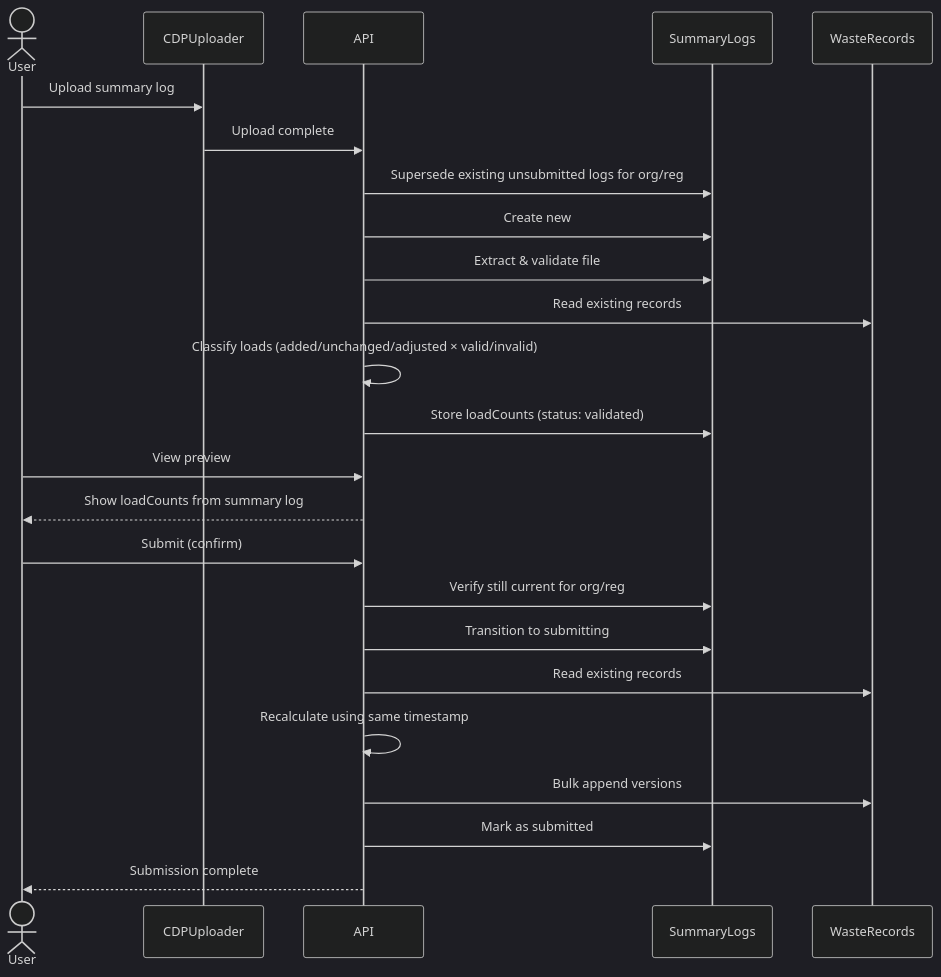
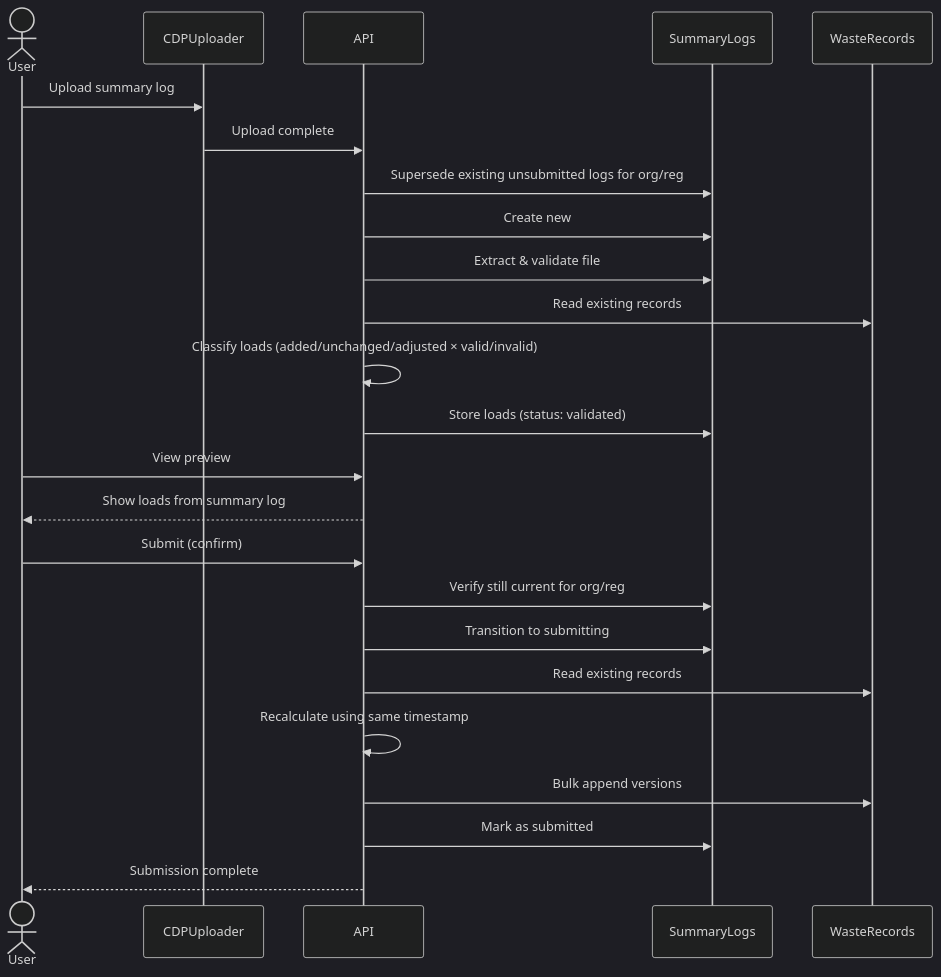
One commit to DEFRA/epr-re-ex-service changed the first of 7 diagrams in docs/architecture/defined/summary-log-submission-lld.md. Above: the diagram before and after it, drawn with Mermaid (dark theme). The commit also changed other lines of this file and 1 other file, not shown here.

Commit message:
PAE-475: Updates summary log LLD

````diff
--- a/docs/architecture/defined/summary-log-submission-lld.md
+++ b/docs/architecture/defined/summary-log-submission-lld.md
@@ -55,30 +55,30 @@
 ```mermaid
 sequenceDiagram
     actor User
     participant CDPUploader
     participant API
     participant SummaryLogs
     participant WasteRecords
 
     User->>CDPUploader: Upload summary log
     CDPUploader->>API: Upload complete
     API->>SummaryLogs: Supersede existing unsubmitted logs for org/reg
     API->>SummaryLogs: Create new
 
     API->>SummaryLogs: Extract & validate file
     API->>WasteRecords: Read existing records
     API->>API: Classify loads (added/unchanged/adjusted × valid/invalid)
-    API->>SummaryLogs: Store loadCounts (status: validated)
+    API->>SummaryLogs: Store loads (status: validated)
 
     User->>API: View preview
-    API-->>User: Show loadCounts from summary log
+    API-->>User: Show loads from summary log
 
     User->>API: Submit (confirm)
     API->>SummaryLogs: Verify still current for org/reg
     API->>SummaryLogs: Transition to submitting
     API->>WasteRecords: Read existing records
     API->>API: Recalculate using same timestamp
     API->>WasteRecords: Bulk append versions
     API->>SummaryLogs: Mark as submitted
     API-->>User: Submission complete
 ```
````
